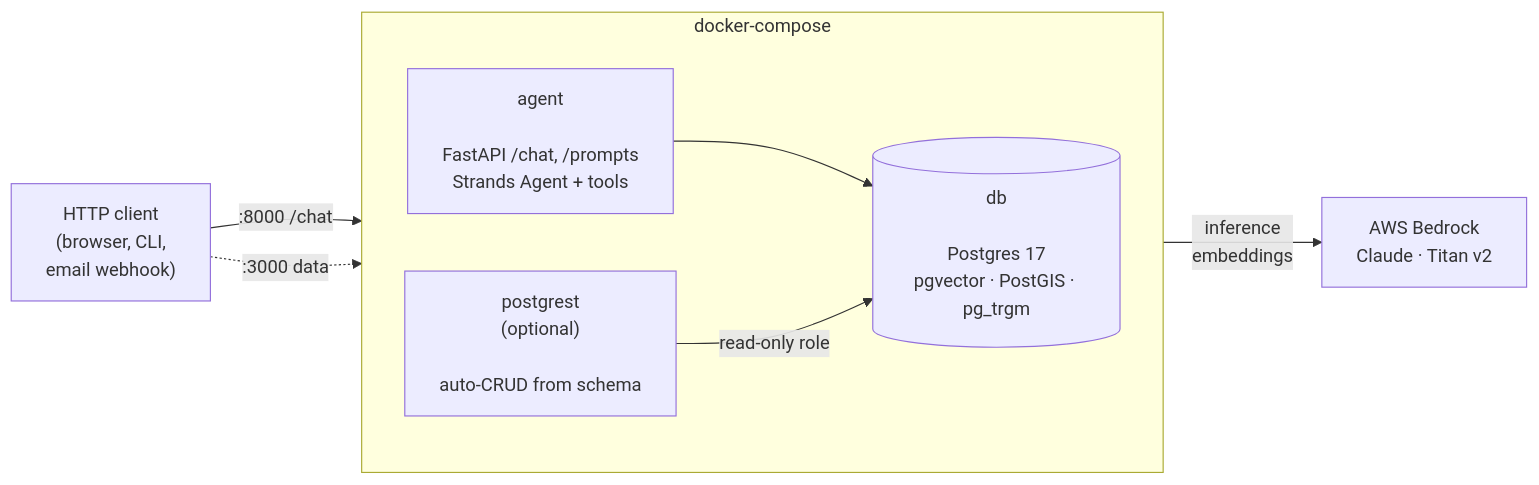
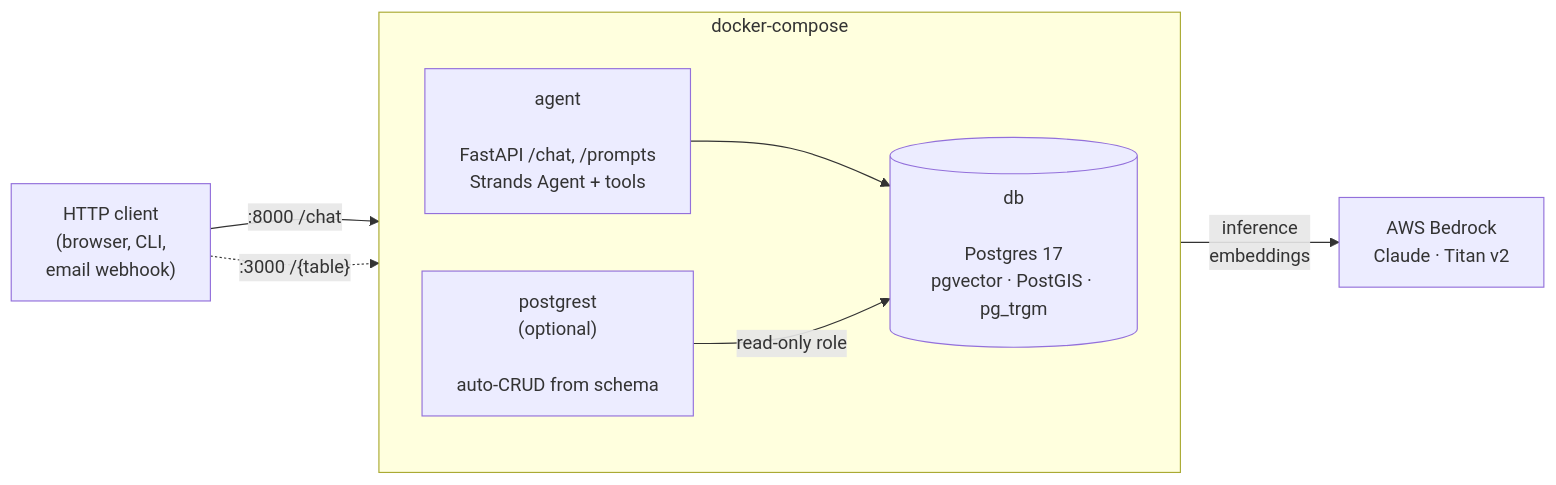
Before and after one commit to peterb154/strands-pgsql-agent-framework: the first of 2 diagrams in README.md, drawn with Mermaid. The commit also changed other lines of this file and 2 other files, not shown here.

First line of the commit message:
fix(camping-db): isolate agent tables in api schema, clean up OpenAPI

````diff
--- a/README.md
+++ b/README.md
@@ -87,19 +87,19 @@
 ```mermaid
 flowchart LR
     client["HTTP client<br/>(browser, CLI,<br/>email webhook)"]
 
     subgraph compose["docker-compose"]
         direction LR
         agent["agent<br/><br/>FastAPI /chat, /prompts<br/>Strands Agent + tools"]
         pg[("db<br/><br/>Postgres 17<br/>pgvector · PostGIS · pg_trgm")]
         pgrst["postgrest<br/>(optional)<br/><br/>auto-CRUD from schema"]
     end
 
     bedrock["AWS Bedrock<br/>Claude · Titan v2"]
 
     client -->|":8000 /chat"| agent
-    client -.->|":3000 data"| pgrst
+    client -.->|":3000 /{table}"| pgrst
     agent --> pg
     agent -->|inference<br/>embeddings| bedrock
     pgrst -->|read-only role| pg
 ```
````
